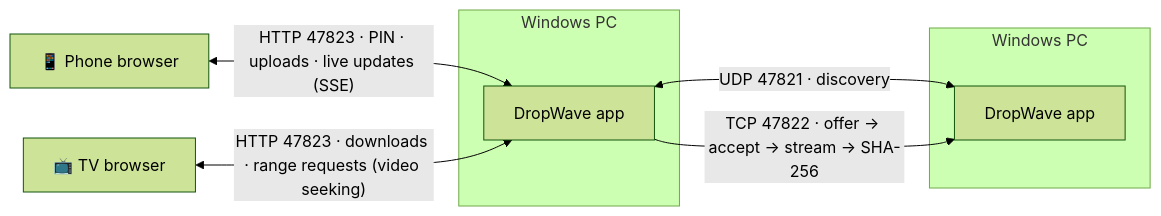
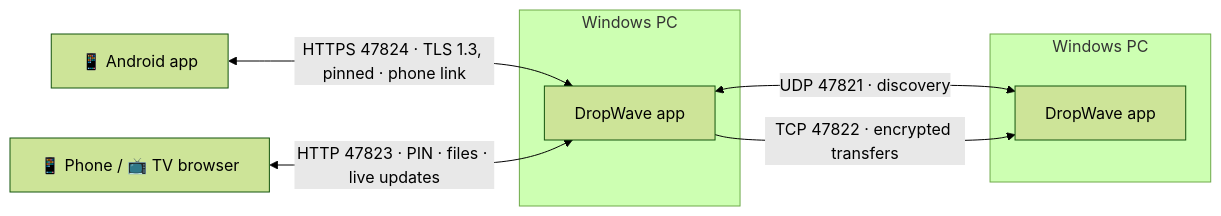
One commit to lalitaryan1993/dropwave changed the diagram in README.md. Above: the diagram before and after it, drawn with Mermaid (forest theme). The commit also changed other lines of this file and 40 other files, not shown here.

````diff
--- a/README.md
+++ b/README.md
@@ -318,15 +194,15 @@
 ```mermaid
 flowchart LR
   subgraph PC1[Windows PC]
     A[DropWave app]
   end
   subgraph PC2[Windows PC]
     B[DropWave app]
   end
-  P[📱 Phone browser]
-  T[📺 TV browser]
+  M[📱 Android app]
+  P[📱 Phone / 📺 TV browser]
   A <-- "UDP 47821 · discovery" --> B
-  A -- "TCP 47822 · offer → accept → stream → SHA-256" --> B
-  P <-- "HTTP 47823 · PIN · uploads · live updates (SSE)" --> A
-  T <-- "HTTP 47823 · downloads · range requests (video seeking)" --> A
+  A -- "TCP 47822 · encrypted transfers" --> B
+  M <-- "HTTPS 47824 · TLS 1.3, pinned · phone link" --> A
+  P <-- "HTTP 47823 · PIN · files · live updates" --> A
 ```
````
